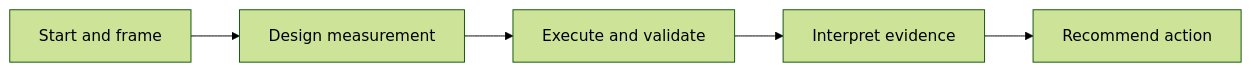
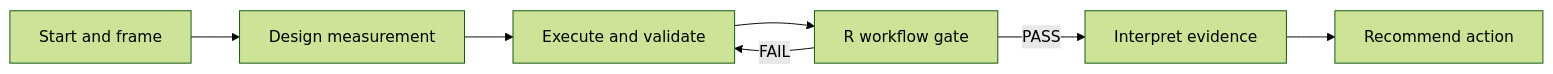
One commit to markjamesc/ai-augmented-analyst-workflow changed the diagram in README.md. Above: the diagram before and after it, drawn with Mermaid (forest theme). The commit also changed other lines of this file, not shown here.

Commit message:
Integrate deterministic R workflow gate

````diff
--- a/README.md
+++ b/README.md
@@ -13,7 +13,9 @@
 ```mermaid
 flowchart LR
     A["Start and frame"] --> B["Design measurement"]
     B --> C["Execute and validate"]
-    C --> D["Interpret evidence"]
+    C --> G["R workflow gate"]
+    G -->|"PASS"| D["Interpret evidence"]
+    G -->|"FAIL"| C
     D --> E["Recommend action"]
 ```
````
